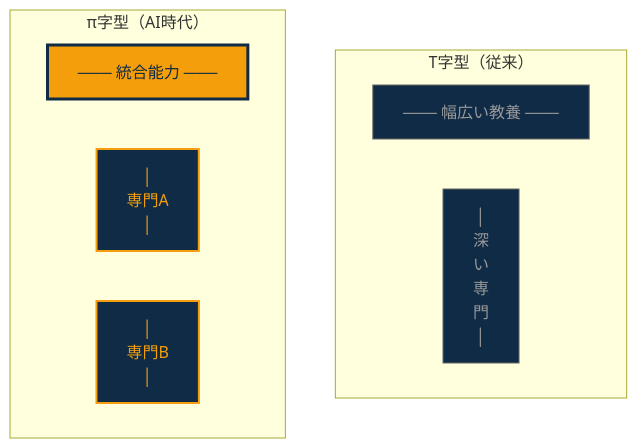
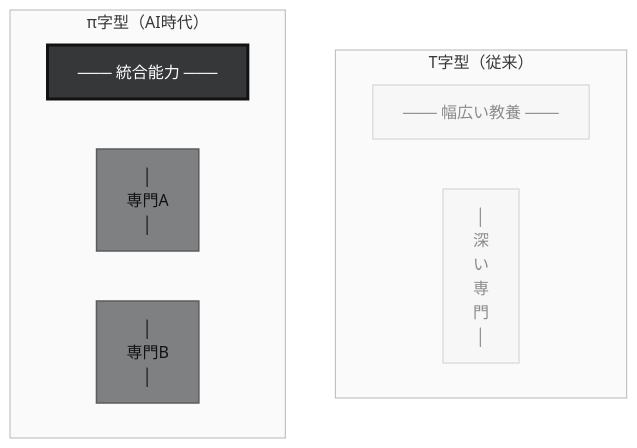
Before and after one commit to Leading-AI-IO/the-10-80-10-principle: the ninth of 11 diagrams in docs/jp/the_10_80_10_principle_JP.md, drawn with Mermaid. The commit also changed other lines of this file, not shown here.

````diff
--- a/docs/jp/the_10_80_10_principle_JP.md
+++ b/docs/jp/the_10_80_10_principle_JP.md
@@ -1605,18 +1625,20 @@
 ```mermaid
+%%{init: {'theme':'base','themeVariables':{'fontFamily':'Helvetica, Arial, sans-serif','lineColor':'#7f8082','primaryTextColor':'#111213','clusterBkg':'#fafafa','clusterBorder':'#b6b7b8','titleColor':'#363738','edgeLabelBackground':'#ffffff'}}}%%
 graph TB
     subgraph "T字型（従来）"
         T1["─── 幅広い教養 ───"]
         T2["│<br/>深<br/>い<br/>専<br/>門<br/>│"]
     end
     subgraph "π字型（AI時代）"
         P1["─── 統合能力 ───"]
         P2["│<br/>専門A<br/>│"]
         P3["│<br/>専門B<br/>│"]
     end
 
-    style T1 fill:#0f2b46,stroke:#666,color:#999,stroke-width:1px
-    style T2 fill:#0f2b46,stroke:#666,color:#999,stroke-width:1px
-    style P1 fill:#f59e0b,stroke:#0f2b46,color:#0f2b46,stroke-width:3px
-    style P2 fill:#0f2b46,stroke:#f59e0b,color:#f59e0b,stroke-width:2px
-    style P3 fill:#0f2b46,stroke:#f59e0b,color:#f59e0b,stroke-width:2px
+    style T1 fill:#f7f7f7,stroke:#d0d0d1,color:#8a8b8d,stroke-width:1px
+    style T2 fill:#f7f7f7,stroke:#d0d0d1,color:#8a8b8d,stroke-width:1px
+    style P1 fill:#363738,stroke:#111213,color:#ffffff,stroke-width:3px
+    style P2 fill:#7f8082,stroke:#5b5c5d,color:#111213,stroke-width:1.5px
+    style P3 fill:#7f8082,stroke:#5b5c5d,color:#111213,stroke-width:1.5px
+    linkStyle default stroke:#7f8082,stroke-width:1.5px
 ```
````
